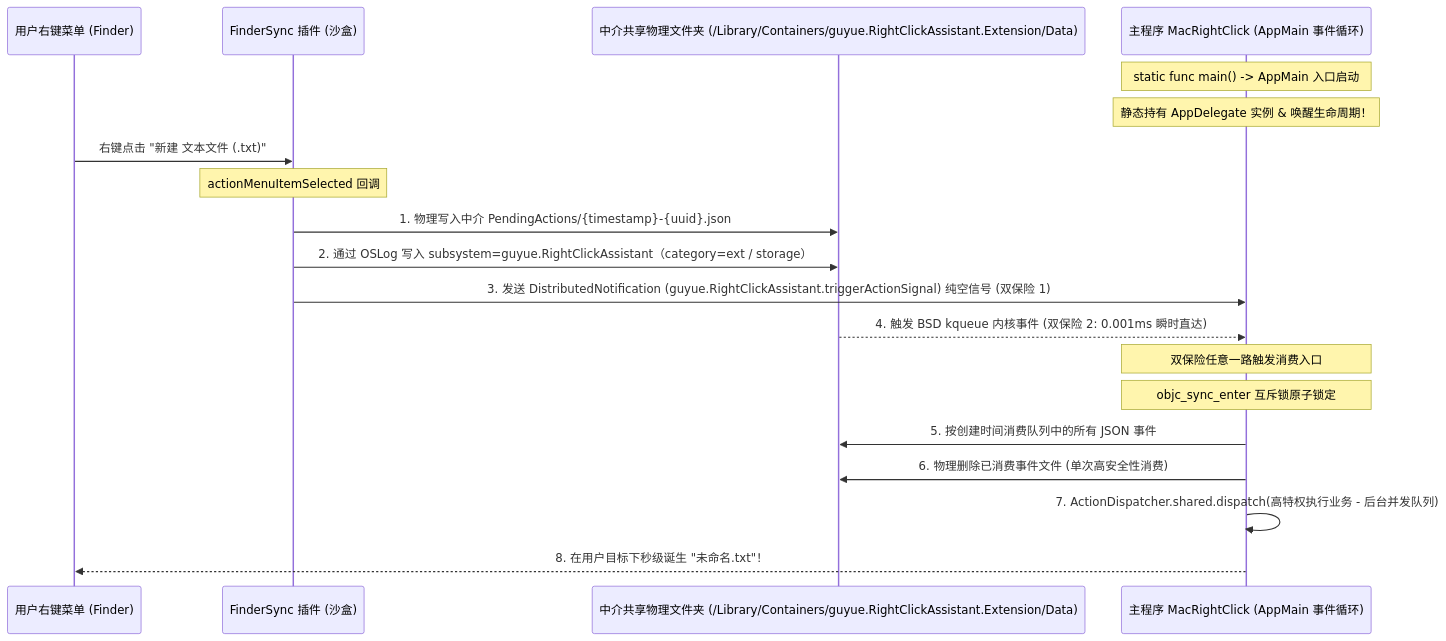
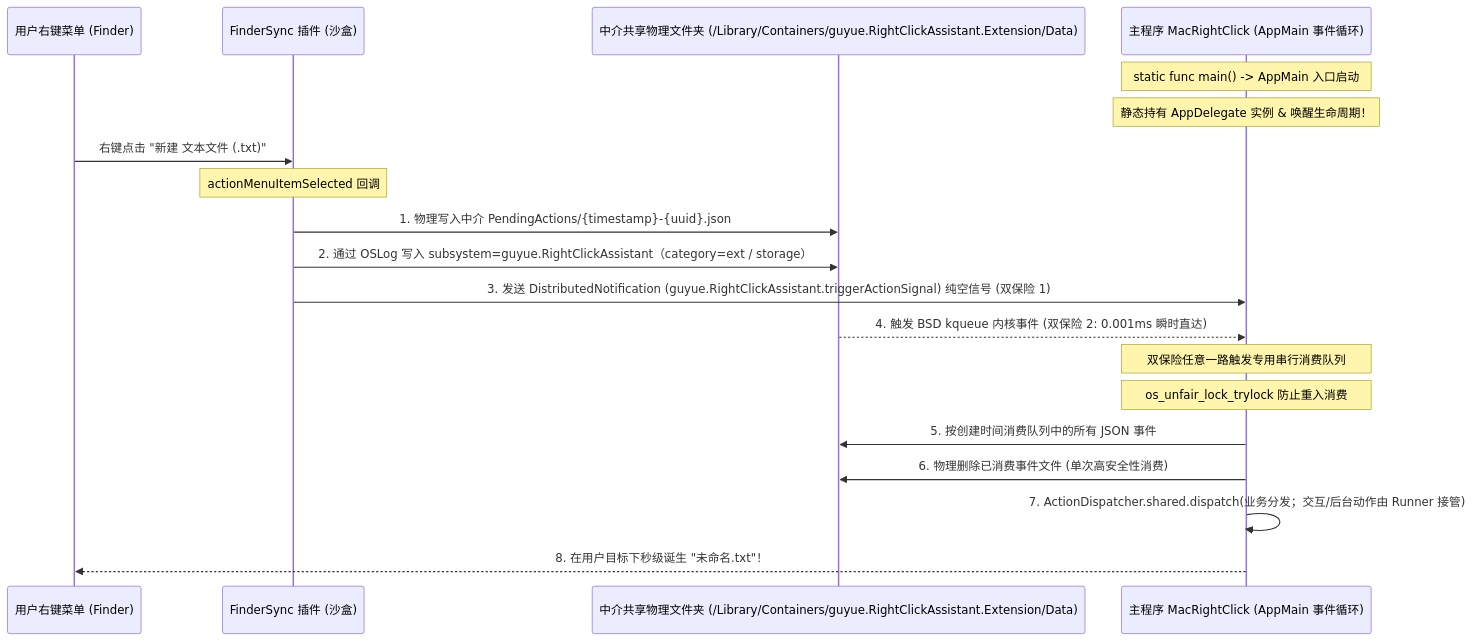
Before and after one commit to guyue55/MacRightClick: the diagram in README.md, drawn with Mermaid. The commit also changed other lines of this file and 9 other files, not shown here.

Commit message:
完善 v1.1.1 文档与截图

````diff
--- a/README.md
+++ b/README.md
@@ -48,26 +64,26 @@
 ```mermaid
 sequenceDiagram
     participant User as 用户右键菜单 (Finder)
     participant FS as FinderSync 插件 (沙盒)
     participant SC as 中介共享物理文件夹 (/Library/Containers/guyue.RightClickAssistant.Extension/Data)
     participant Host as 主程序 MacRightClick (AppMain 事件循环)
     
     Note over Host: static func main() -> AppMain 入口启动
     Note over Host: 静态持有 AppDelegate 实例 & 唤醒生命周期！
     
     User->>FS: 右键点击 "新建 文本文件 (.txt)"
     Note over FS: actionMenuItemSelected 回调
     FS->>SC: 1. 物理写入中介 PendingActions/{timestamp}-{uuid}.json
     FS->>SC: 2. 通过 OSLog 写入 subsystem=guyue.RightClickAssistant（category=ext / storage）
     FS->>Host: 3. 发送 DistributedNotification (guyue.RightClickAssistant.triggerActionSignal) 纯空信号 (双保险 1)
     SC-->>Host: 4. 触发 BSD kqueue 内核事件 (双保险 2: 0.001ms 瞬时直达)
     
-    Note over Host: 双保险任意一路触发消费入口
-    Note over Host: objc_sync_enter 互斥锁原子锁定
+    Note over Host: 双保险任意一路触发专用串行消费队列
+    Note over Host: os_unfair_lock_trylock 防止重入消费
     
     Host->>SC: 5. 按创建时间消费队列中的所有 JSON 事件
     Host->>SC: 6. 物理删除已消费事件文件 (单次高安全性消费)
     
-    Host->>Host: 7. ActionDispatcher.shared.dispatch(高特权执行业务 - 后台并发队列)
+    Host->>Host: 7. ActionDispatcher.shared.dispatch(业务分发；交互/后台动作由 Runner 接管)
     Host-->>User: 8. 在用户目标下秒级诞生 "未命名.txt"！
 ```
````
